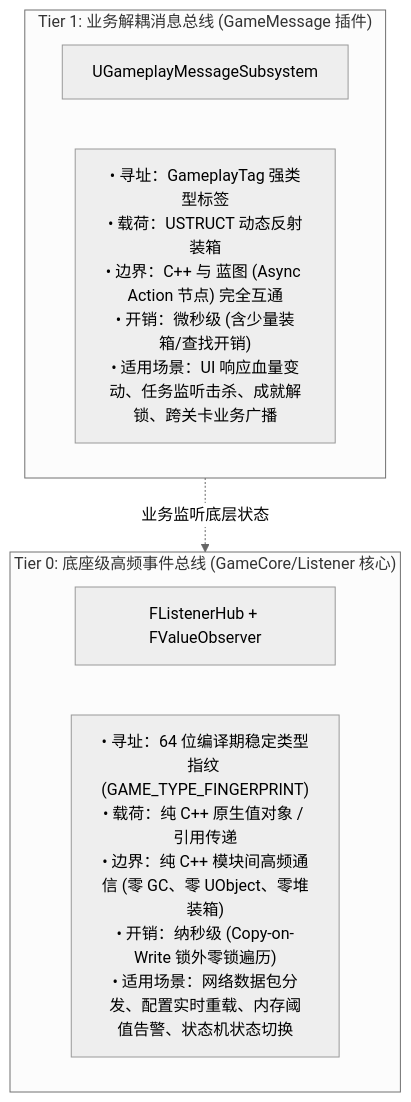
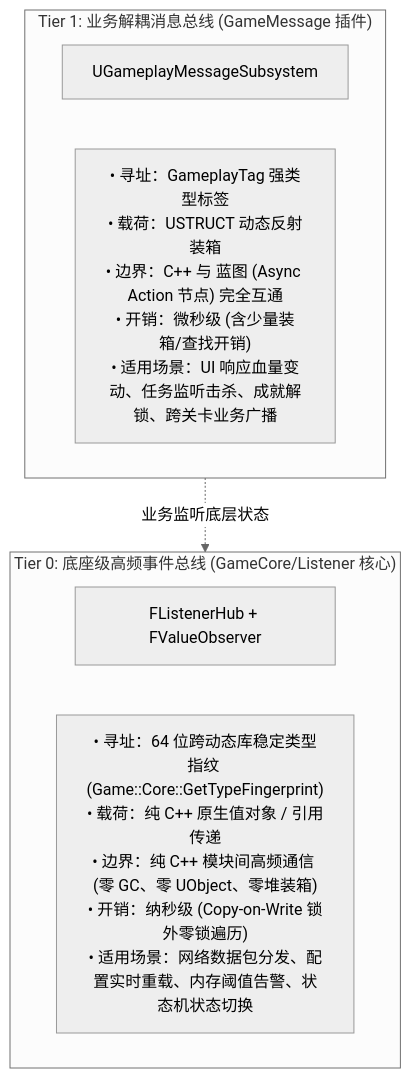
The diagram in Plugins/GameCore/Docs/Architecture/TwoTierEventModel.md (YIice-cwj/ue5-toolkit), drawn with Mermaid (neutral theme) before and after one commit. The commit also changed 87 other files, not shown here.

````diff
--- a/Plugins/GameCore/Docs/Architecture/TwoTierEventModel.md
+++ b/Plugins/GameCore/Docs/Architecture/TwoTierEventModel.md
@@ -16,14 +16,14 @@
 ```mermaid
 flowchart TD
     subgraph Tier1["Tier 1: 业务解耦消息总线 (GameMessage 插件)"]
         GMS["UGameplayMessageSubsystem"]
         T1Desc["• 寻址：GameplayTag 强类型标签<br>• 载荷：USTRUCT 动态反射装箱<br>• 边界：C++ 与 蓝图 (Async Action 节点) 完全互通<br>• 开销：微秒级 (含少量装箱/查找开销)<br>• 适用场景：UI 响应血量变动、任务监听击杀、成就解锁、跨关卡业务广播"]
     end
 
     subgraph Tier0["Tier 0: 底座级高频事件总线 (GameCore/Listener 核心)"]
         LH["FListenerHub + FValueObserver"]
-        T0Desc["• 寻址：64 位编译期稳定类型指纹 (GAME_TYPE_FINGERPRINT)<br>• 载荷：纯 C++ 原生值对象 / 引用传递<br>• 边界：纯 C++ 模块间高频通信 (零 GC、零 UObject、零堆装箱)<br>• 开销：纳秒级 (Copy-on-Write 锁外零锁遍历)<br>• 适用场景：网络数据包分发、配置实时重载、内存阈值告警、状态机状态切换"]
+        T0Desc["• 寻址：64 位跨动态库稳定类型指纹 (Game::Core::GetTypeFingerprint)<br>• 载荷：纯 C++ 原生值对象 / 引用传递<br>• 边界：纯 C++ 模块间高频通信 (零 GC、零 UObject、零堆装箱)<br>• 开销：纳秒级 (Copy-on-Write 锁外零锁遍历)<br>• 适用场景：网络数据包分发、配置实时重载、内存阈值告警、状态机状态切换"]
     end
 
     Tier1 -. 业务监听底层状态 .-> Tier0
 ```
````
